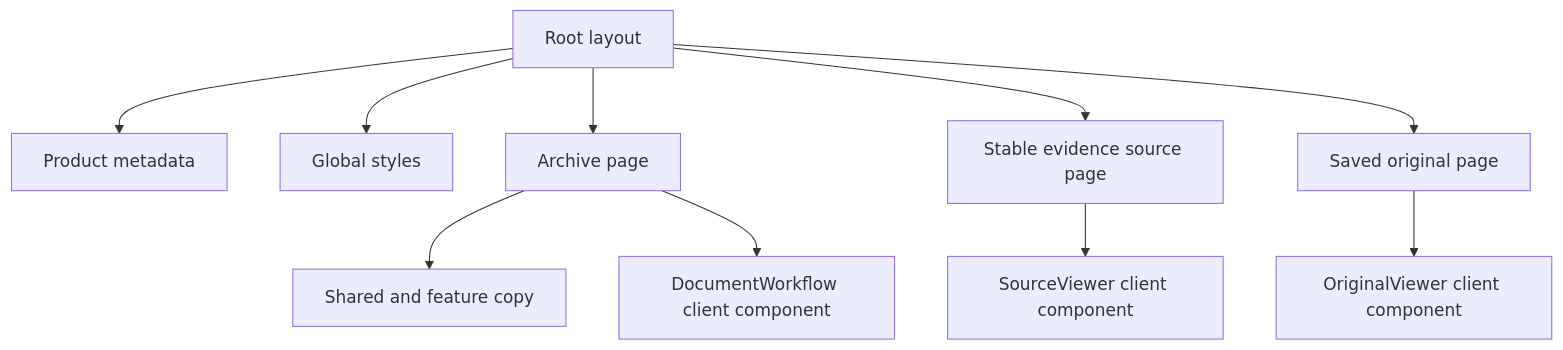
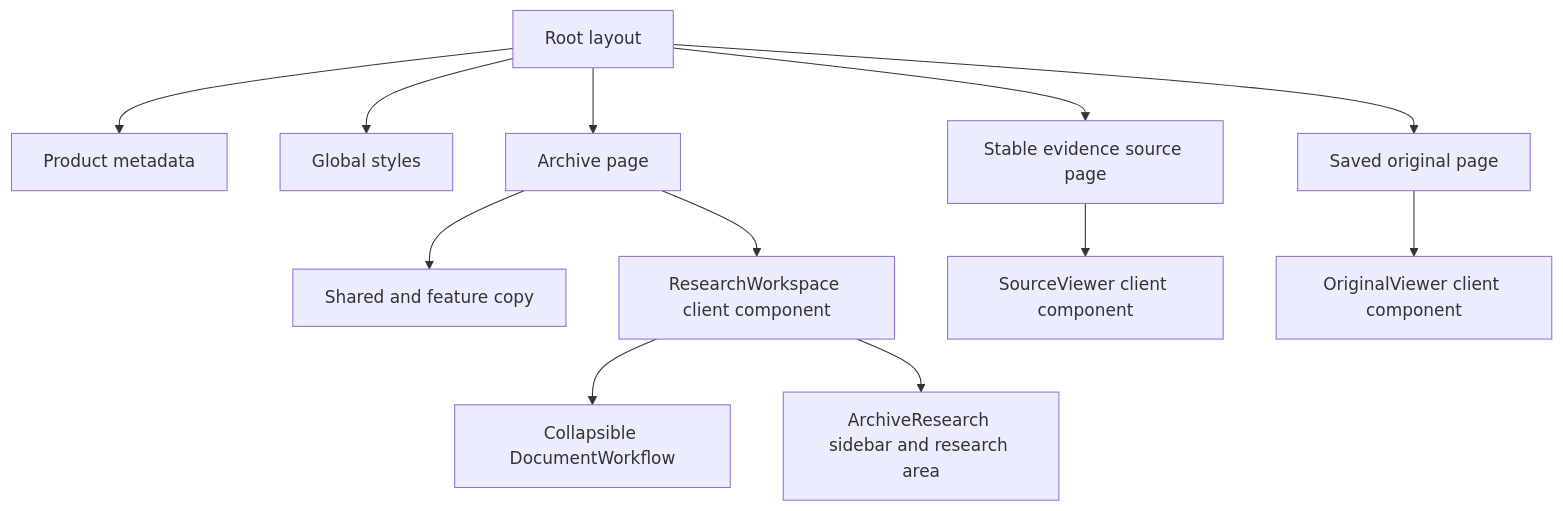
One commit to rnkraus/investment-research changed the diagram in frontend/src/app/README.md. Above: the diagram before and after it, drawn with Mermaid. The commit also changed other lines of this file and 3 other files, not shown here.

First line of the commit message:
docs(research): document workspace layout and English answer policy

````diff
--- a/frontend/src/app/README.md
+++ b/frontend/src/app/README.md
@@ -17,12 +17,14 @@
 ```mermaid
 flowchart TD
     LAYOUT[Root layout] --> METADATA[Product metadata]
     LAYOUT --> STYLES[Global styles]
     LAYOUT --> PAGE[Archive page]
     LAYOUT --> SOURCE[Stable evidence source page]
     LAYOUT --> DOCUMENT[Saved original page]
     PAGE --> COPY[Shared and feature copy]
-    PAGE --> WORKFLOW[DocumentWorkflow client component]
+    PAGE --> WORKSPACE[ResearchWorkspace client component]
+    WORKSPACE --> IMPORT[Collapsible DocumentWorkflow]
+    WORKSPACE --> ARCHIVE[ArchiveResearch sidebar and research area]
     SOURCE --> VIEWER[SourceViewer client component]
     DOCUMENT --> ORIGINAL[OriginalViewer client component]
 ```
````
